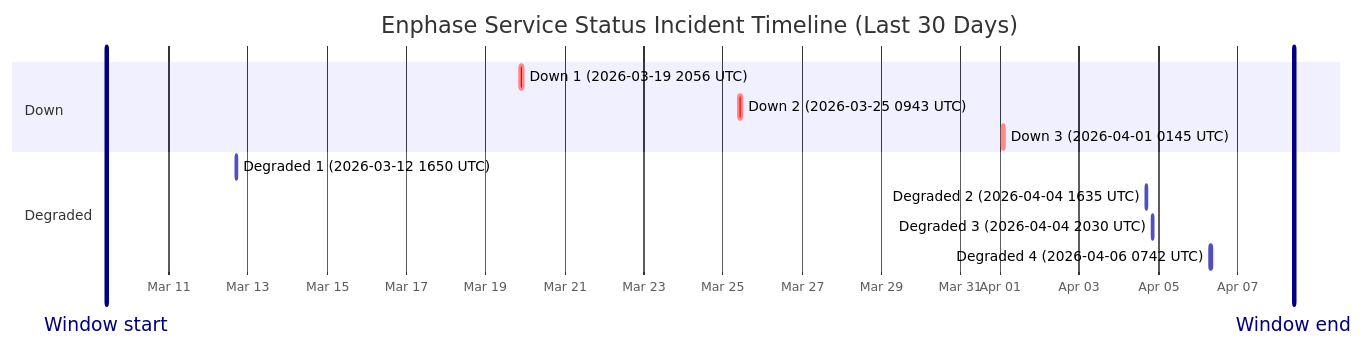
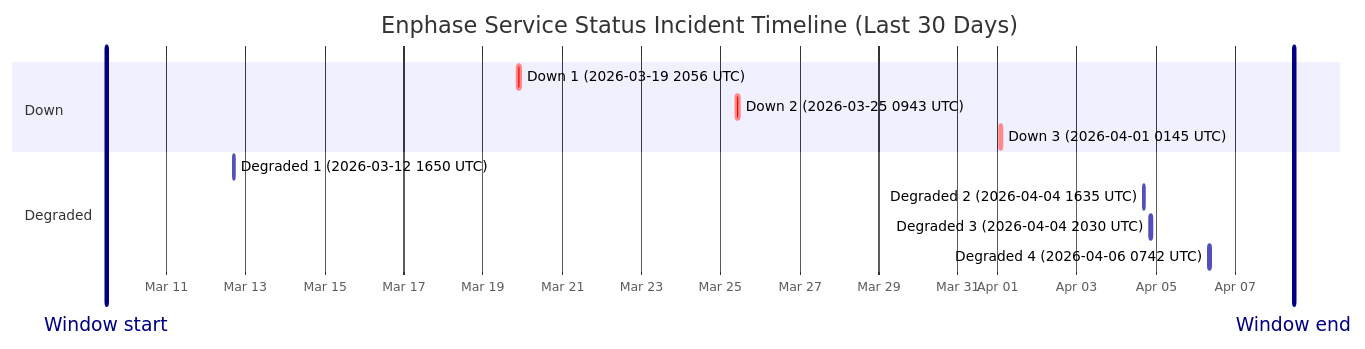
Before and after one commit to barneyonline/ha-enphase-ev-charger: the diagram in wiki/Service-Status-History.md, drawn with Mermaid. The commit also changed other lines of this file and 3 other files, not shown here.

````diff
--- a/wiki/Service-Status-History.md
+++ b/wiki/Service-Status-History.md
@@ -14,17 +14,17 @@
 ```mermaid
 gantt
     title Enphase Service Status Incident Timeline (Last 30 Days)
     dateFormat  YYYY-MM-DDTHH:mm:ss
     axisFormat  %b %d
-    Window start :vert, window-start, 2026-03-09T10:06:55, 0ms
-    Window end :vert, window-end, 2026-04-08T10:06:55, 0ms
+    Window start :vert, window-start, 2026-03-09T11:29:57, 0ms
+    Window end :vert, window-end, 2026-04-08T11:29:57, 0ms
     section Down
     Down 1 (2026-03-19 2056 UTC) :crit, down-1, 2026-03-19T20:56:20, 145m
     Down 2 (2026-03-25 0943 UTC) :crit, down-2, 2026-03-25T09:43:28, 111m
     Down 3 (2026-04-01 0145 UTC) :crit, down-3, 2026-04-01T01:45:09, 60m
     section Degraded
     Degraded 1 (2026-03-12 1650 UTC) :active, degraded-1, 2026-03-12T16:50:43, 60m
     Degraded 2 (2026-04-04 1635 UTC) :active, degraded-2, 2026-04-04T16:35:17, 60m
     Degraded 3 (2026-04-04 2030 UTC) :active, degraded-3, 2026-04-04T20:30:40, 60m
     Degraded 4 (2026-04-06 0742 UTC) :active, degraded-4, 2026-04-06T07:42:09, 85m
 ```
````
